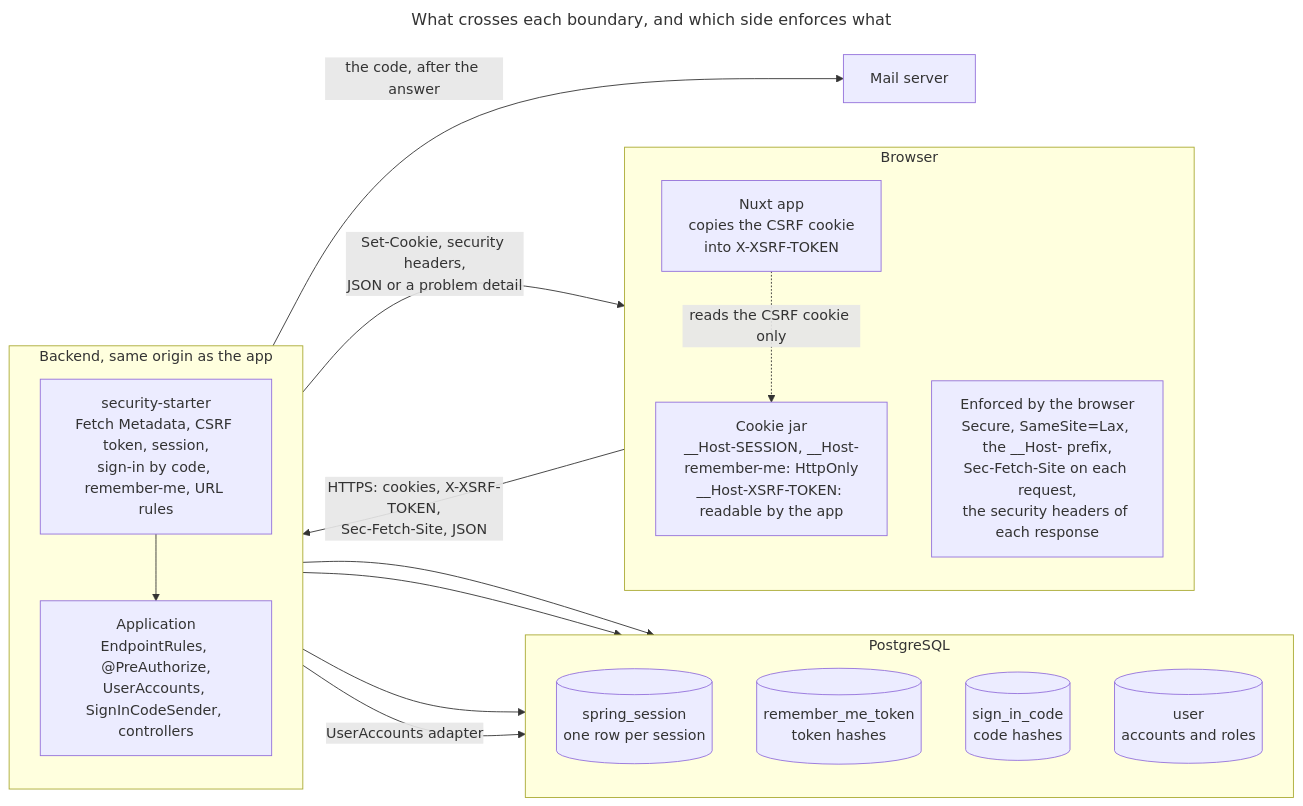
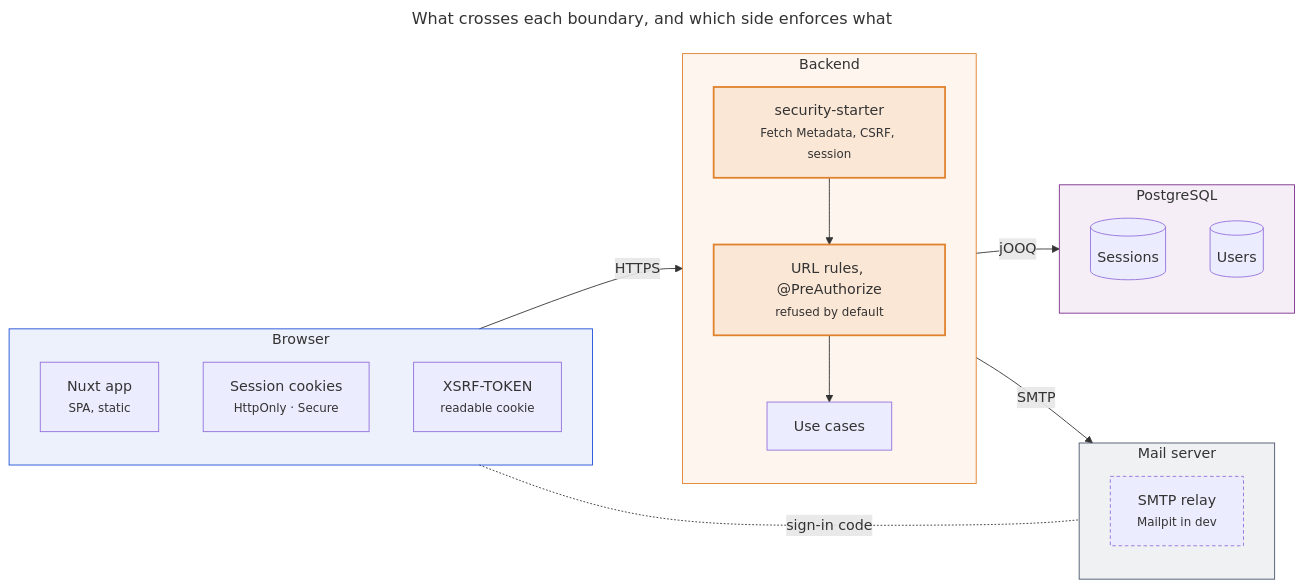
Before and after one commit to mboisnard/drinkit: the first of 7 diagrams in docs/content/en/3.reference/2.security/1.principles.md, drawn with Mermaid. The commit also changed other lines of this file and 8 other files, not shown here.

First line of the commit message:
[DOCUMENTATION] Draw the diagrams as simply as the A+ design (#666)

````diff
--- a/docs/content/en/3.reference/2.security/1.principles.md
+++ b/docs/content/en/3.reference/2.security/1.principles.md
@@ -19,34 +19,36 @@
 ```mermaid
 ---
 title: What crosses each boundary, and which side enforces what
 ---
 flowchart LR
   subgraph browser["Browser"]
+    nuxt["Nuxt app<br/><small>SPA, static</small>"]
+    cookies["Session cookies<br/><small>HttpOnly · Secure</small>"]
+    xsrf["XSRF-TOKEN<br/><small>readable cookie</small>"]
+  end
+  subgraph backend["Backend"]
     direction TB
-    nuxt["Nuxt app<br/>copies the CSRF cookie<br/>into X-XSRF-TOKEN"]
-    jar["Cookie jar<br/>__Host-SESSION, __Host-remember-me: HttpOnly<br/>__Host-XSRF-TOKEN: readable by the app"]
-    enforced["Enforced by the browser<br/>Secure, SameSite=Lax, the __Host- prefix,<br/>Sec-Fetch-Site on each request,<br/>the security headers of each response"]
-    nuxt -. "reads the CSRF cookie only" .-> jar
-  end
-  subgraph backend["Backend, same origin as the app"]
-    direction TB
-    starter["security-starter<br/>Fetch Metadata, CSRF token, session,<br/>sign-in by code, remember-me, URL rules"]
-    application["Application<br/>EndpointRules, @PreAuthorize,<br/>UserAccounts, SignInCodeSender, controllers"]
-    starter --> application
+    starter["security-starter<br/><small>Fetch Metadata, CSRF, session</small>"]:::enforce
+    rules["URL rules, @PreAuthorize<br/><small>refused by default</small>"]:::enforce
+    cases[Use cases]
+    starter --> rules --> cases
   end
   subgraph postgres["PostgreSQL"]
     direction TB
-    session[("spring_session<br/>one row per session")]
-    remember[("remember_me_token<br/>token hashes")]
-    code[("sign_in_code<br/>code hashes")]
-    user[("user<br/>accounts and roles")]
+    sessions[(Sessions)]
+    users[(Users)]
   end
-  mail["Mail server"]
-  browser -- "HTTPS: cookies, X-XSRF-TOKEN,<br/>Sec-Fetch-Site, JSON" --> starter
-  starter -- "Set-Cookie, security headers,<br/>JSON or a problem detail" --> browser
-  starter --> session
-  starter --> remember
-  starter --> code
-  application -- "UserAccounts adapter" --> user
-  application -- "the code, after the answer" --> mail
+  subgraph outside["Mail server"]
+    smtp["SMTP relay<br/><small>Mailpit in dev</small>"]:::external
+  end
+  browser -->|HTTPS| backend
+  backend -->|jOOQ| postgres
+  backend -->|SMTP| outside
+  browser <-.-|sign-in code| outside
+  style browser fill:#1d4ed814,stroke:#1d4ed8
+  style backend fill:#e0812c14,stroke:#e0812c
+  style postgres fill:#7a2e8e14,stroke:#7a2e8e
+  style outside fill:#47556914,stroke:#475569
+  classDef enforce fill:#e0812c1f,stroke:#e0812c,stroke-width:2px
+  classDef external stroke-dasharray:4 3
 ```
````
